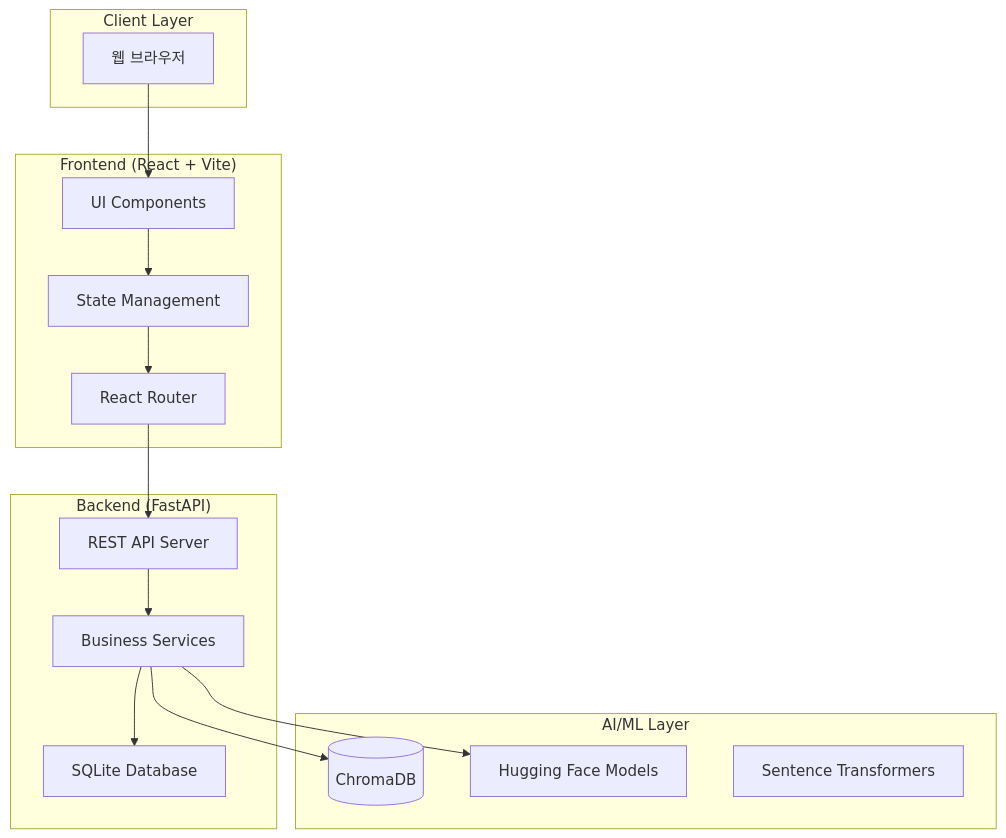
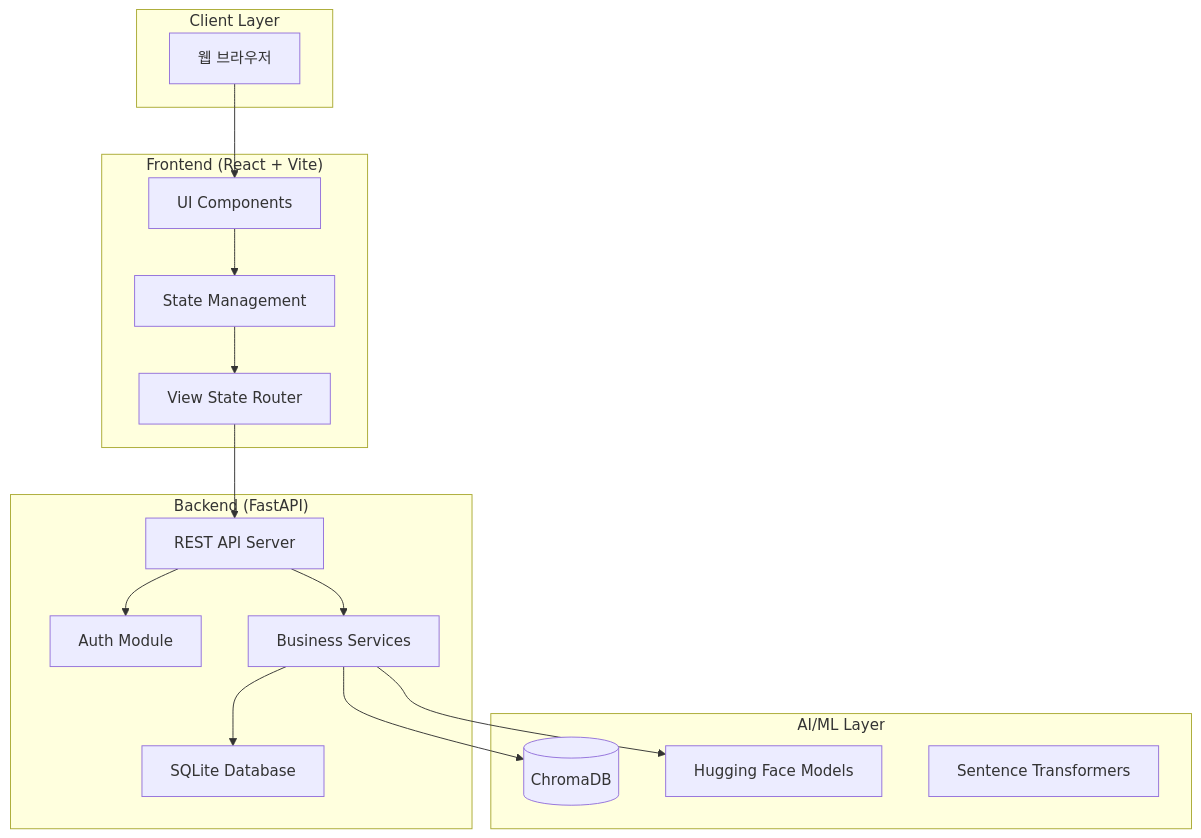
Before and after one commit to HDC-BE-REAL/ESG_Dashboard: the diagram in README.md, drawn with Mermaid. The commit also changed other lines of this file and 3 other files, not shown here.

````diff
--- a/README.md
+++ b/README.md
@@ -42,33 +43,35 @@
 ```mermaid
 graph TB
     subgraph "Client Layer"
         Browser[웹 브라우저]
     end
-    
+
     subgraph "Frontend (React + Vite)"
         UI[UI Components]
         State[State Management]
-        Router[React Router]
+        Router[View State Router]
     end
-    
+
     subgraph "Backend (FastAPI)"
         API[REST API Server]
+        Auth[Auth Module]
         Services[Business Services]
         DB[SQLite Database]
     end
-    
+
     subgraph "AI/ML Layer"
         VectorDB[(ChromaDB)]
         LLM[Hugging Face Models]
         Embeddings[Sentence Transformers]
     end
-    
+
     Browser --> UI
     UI --> State
     State --> Router
     Router --> API
+    API --> Auth
     API --> Services
     Services --> DB
     Services --> VectorDB
     Services --> LLM
 ```
````
